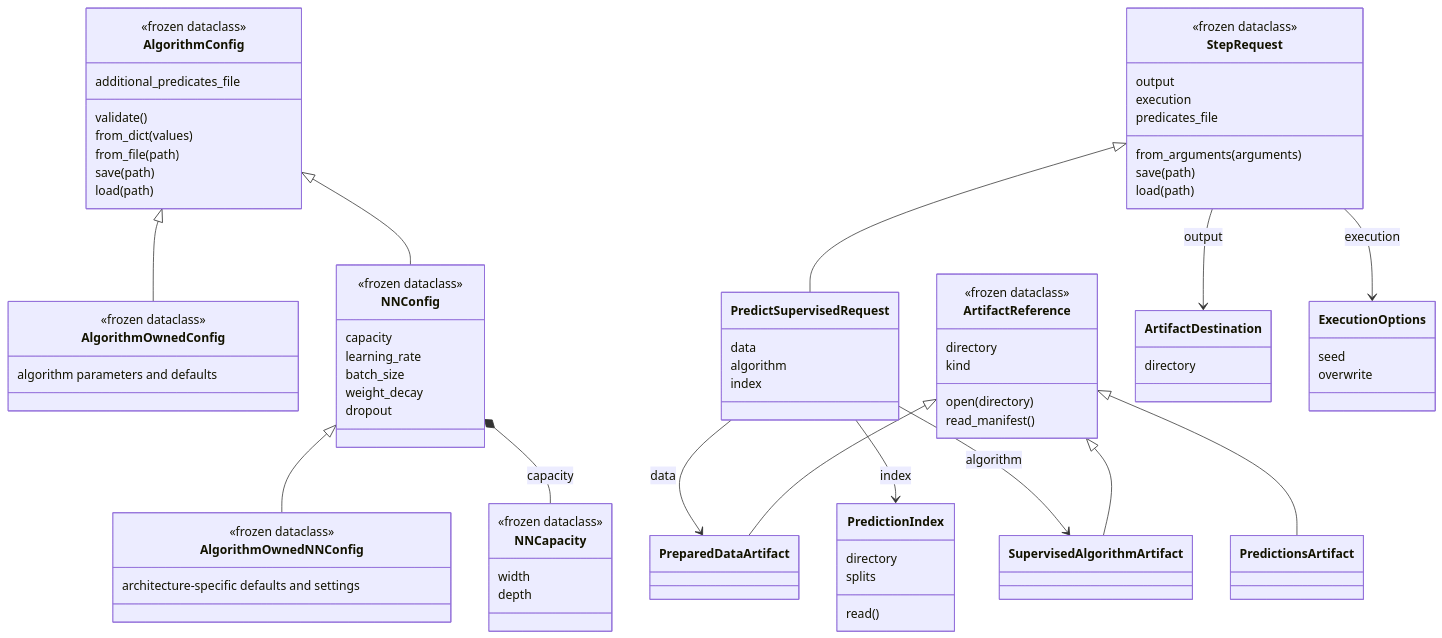
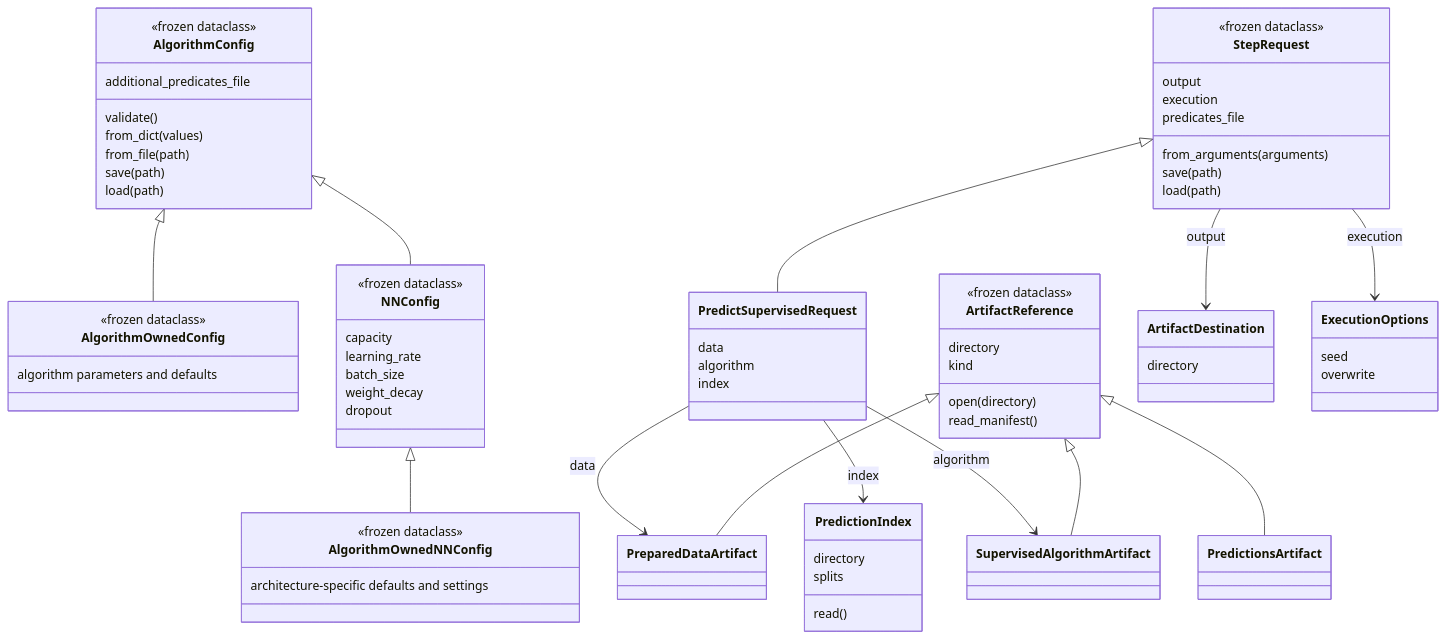
The second of 3 diagrams in ARCHITECTURE.md (McDermottHealthAI/meds-algorithm), drawn with Mermaid before and after one commit. The commit also changed other lines of this file and 6 other files, not shown here.

Commit message:
Use a scalar capacity multiplier relative to the reference architecture

````diff
--- a/ARCHITECTURE.md
+++ b/ARCHITECTURE.md
@@ -73,82 +73,76 @@
 ```mermaid
 classDiagram
     class AlgorithmConfig {
         <<frozen dataclass>>
         additional_predicates_file
         validate()
         from_dict(values)
         from_file(path)
         save(path)
         load(path)
     }
     class AlgorithmOwnedConfig {
         <<frozen dataclass>>
         algorithm parameters and defaults
     }
     class NNConfig {
         <<frozen dataclass>>
         capacity
         learning_rate
         batch_size
         weight_decay
         dropout
-    }
-    class NNCapacity {
-        <<frozen dataclass>>
-        width
-        depth
     }
     class AlgorithmOwnedNNConfig {
         <<frozen dataclass>>
         architecture-specific defaults and settings
     }
     class StepRequest {
         <<frozen dataclass>>
         output
         execution
         predicates_file
         from_arguments(arguments)
         save(path)
         load(path)
     }
     class PredictSupervisedRequest {
         data
         algorithm
         index
     }
     class ArtifactReference {
         <<frozen dataclass>>
         directory
         kind
         open(directory)
         read_manifest()
     }
     class PreparedDataArtifact
     class SupervisedAlgorithmArtifact
     class PredictionsArtifact
     class PredictionIndex {
         directory
         splits
         read()
     }
     class ArtifactDestination {
         directory
     }
     class ExecutionOptions {
         seed
         overwrite
     }
     AlgorithmConfig <|-- AlgorithmOwnedConfig
     AlgorithmConfig <|-- NNConfig
     NNConfig <|-- AlgorithmOwnedNNConfig
-    NNConfig *-- NNCapacity : capacity
     StepRequest <|-- PredictSupervisedRequest
     ArtifactReference <|-- PreparedDataArtifact
     ArtifactReference <|-- SupervisedAlgorithmArtifact
     ArtifactReference <|-- PredictionsArtifact
     PredictSupervisedRequest --> PreparedDataArtifact : data
     PredictSupervisedRequest --> SupervisedAlgorithmArtifact : algorithm
     PredictSupervisedRequest --> PredictionIndex : index
     StepRequest --> ArtifactDestination : output
     StepRequest --> ExecutionOptions : execution
 ```
````
